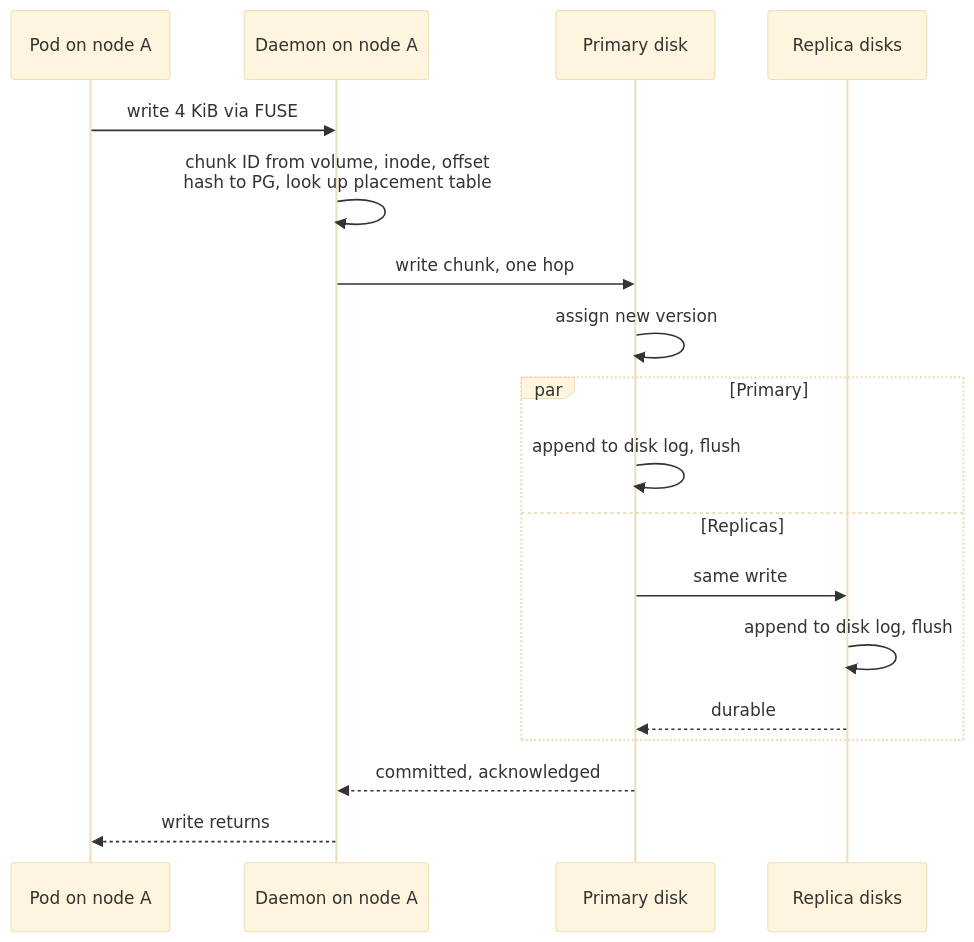
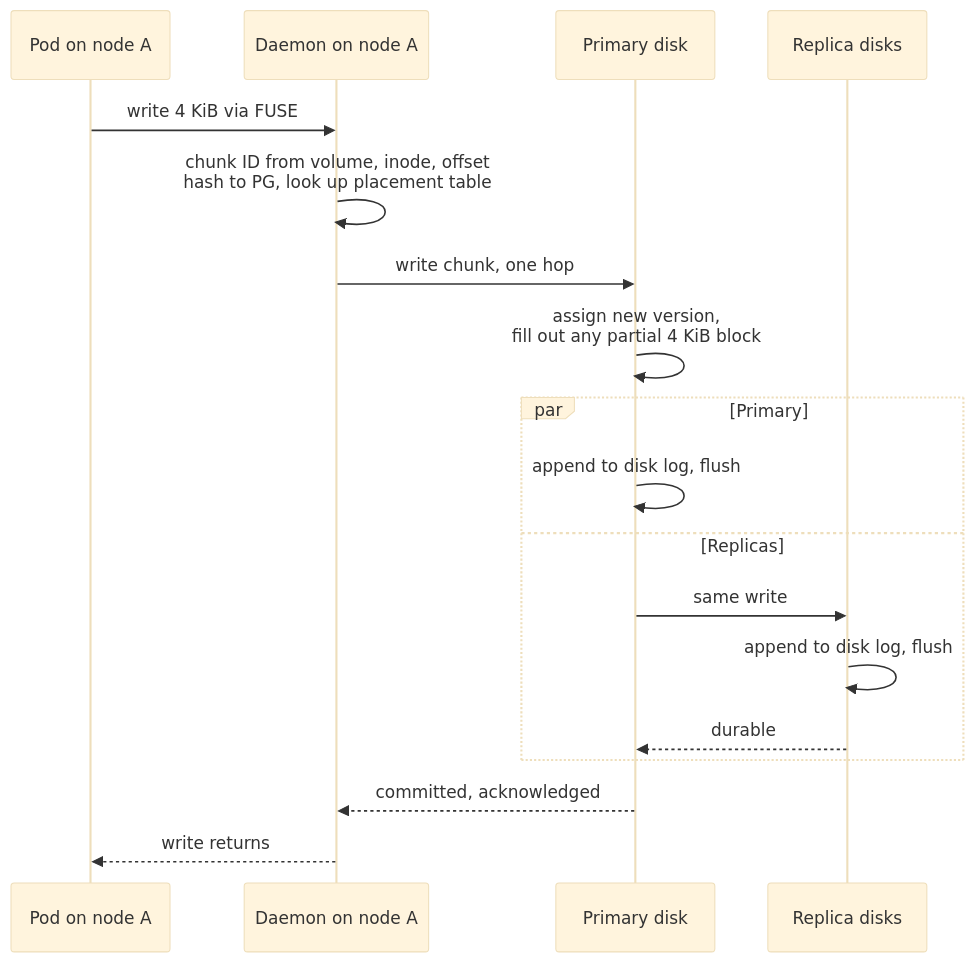
One commit to nvcnvn/rock-solid changed the third of 5 diagrams in blogs/01-the-big-picture.md. Above: the diagram before and after it, drawn with Mermaid (base theme). The commit also changed other lines of this file and 15 other files, not shown here.

````diff
--- a/blogs/01-the-big-picture.md
+++ b/blogs/01-the-big-picture.md
@@ -317,20 +318,20 @@
 ```mermaid
 sequenceDiagram
     participant P as Pod on node A
     participant D as Daemon on node A
     participant PR as Primary disk
     participant R as Replica disks
     P->>D: write 4 KiB via FUSE
     D->>D: chunk ID from volume, inode, offset<br/>hash to PG, look up placement table
     D->>PR: write chunk, one hop
-    PR->>PR: assign new version
+    PR->>PR: assign new version,<br/>fill out any partial 4 KiB block
     par Primary
         PR->>PR: append to disk log, flush
     and Replicas
         PR->>R: same write
         R->>R: append to disk log, flush
         R-->>PR: durable
     end
     PR-->>D: committed, acknowledged
     D-->>P: write returns
 ```
````
